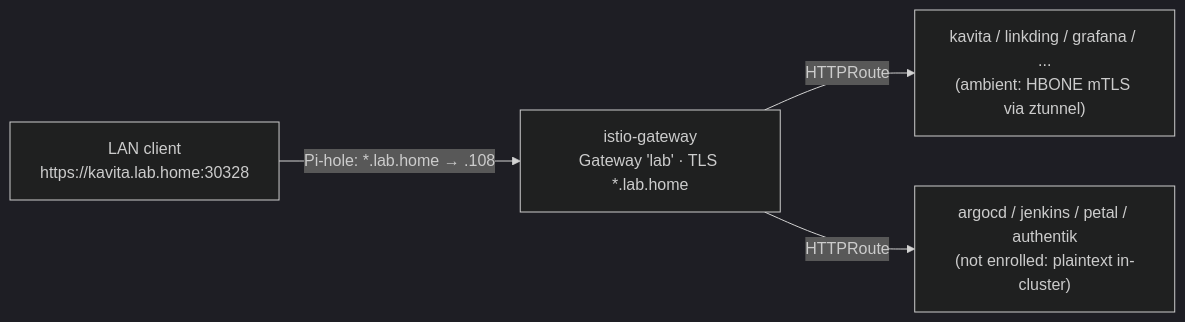
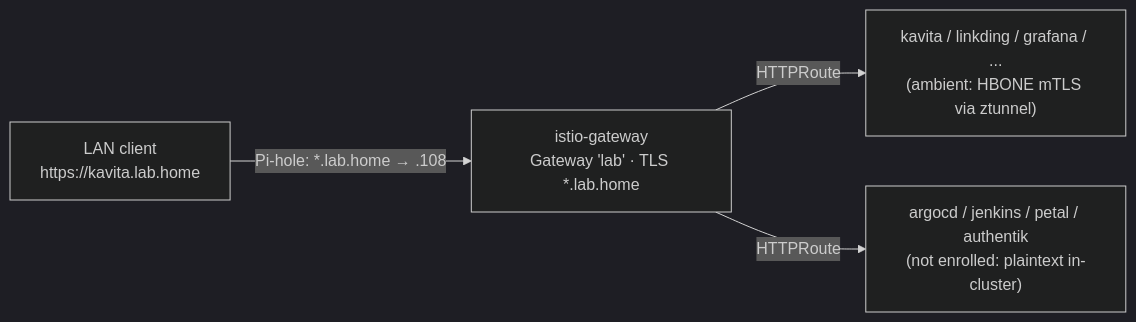
The seventh of 9 diagrams in docs/architecture.md (Blacklotus89898/Homelab), drawn with Mermaid (dark theme) before and after one commit. The commit also changed other lines of this file and 4 other files, not shown here.

````diff
--- a/docs/architecture.md
+++ b/docs/architecture.md
@@ -305,6 +306,6 @@
 ```mermaid
 flowchart LR
-  C["LAN client<br/>https://kavita.lab.home:30328"] -->|"Pi-hole: *.lab.home → .108"| GW["istio-gateway<br/>Gateway 'lab' · TLS *.lab.home"]
+  C["LAN client<br/>https://kavita.lab.home"] -->|"Pi-hole: *.lab.home → .108"| GW["istio-gateway<br/>Gateway 'lab' · TLS *.lab.home"]
   GW -->|"HTTPRoute"| S1["kavita / linkding / grafana / ...<br/>(ambient: HBONE mTLS via ztunnel)"]
   GW -->|"HTTPRoute"| S2["argocd / jenkins / petal / authentik<br/>(not enrolled: plaintext in-cluster)"]
 ```
````
